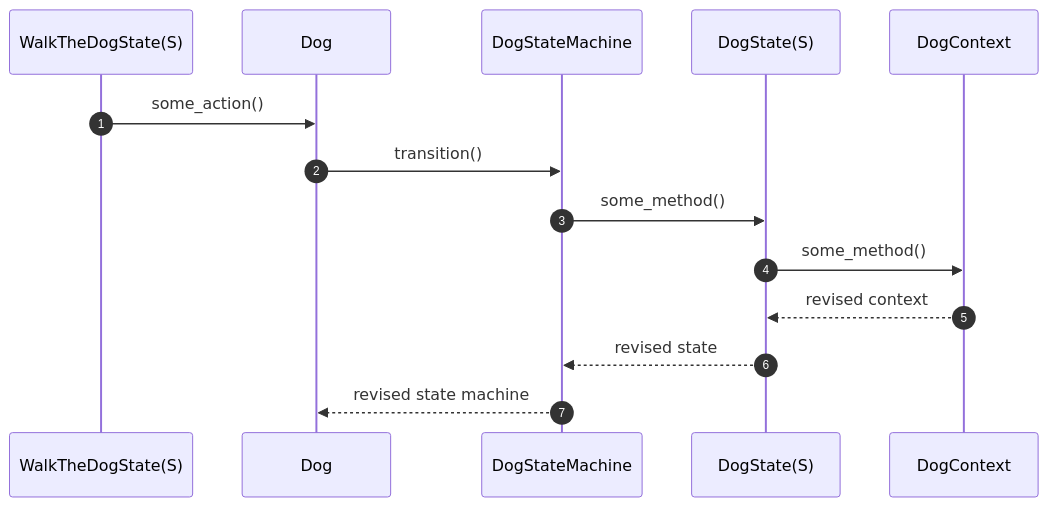
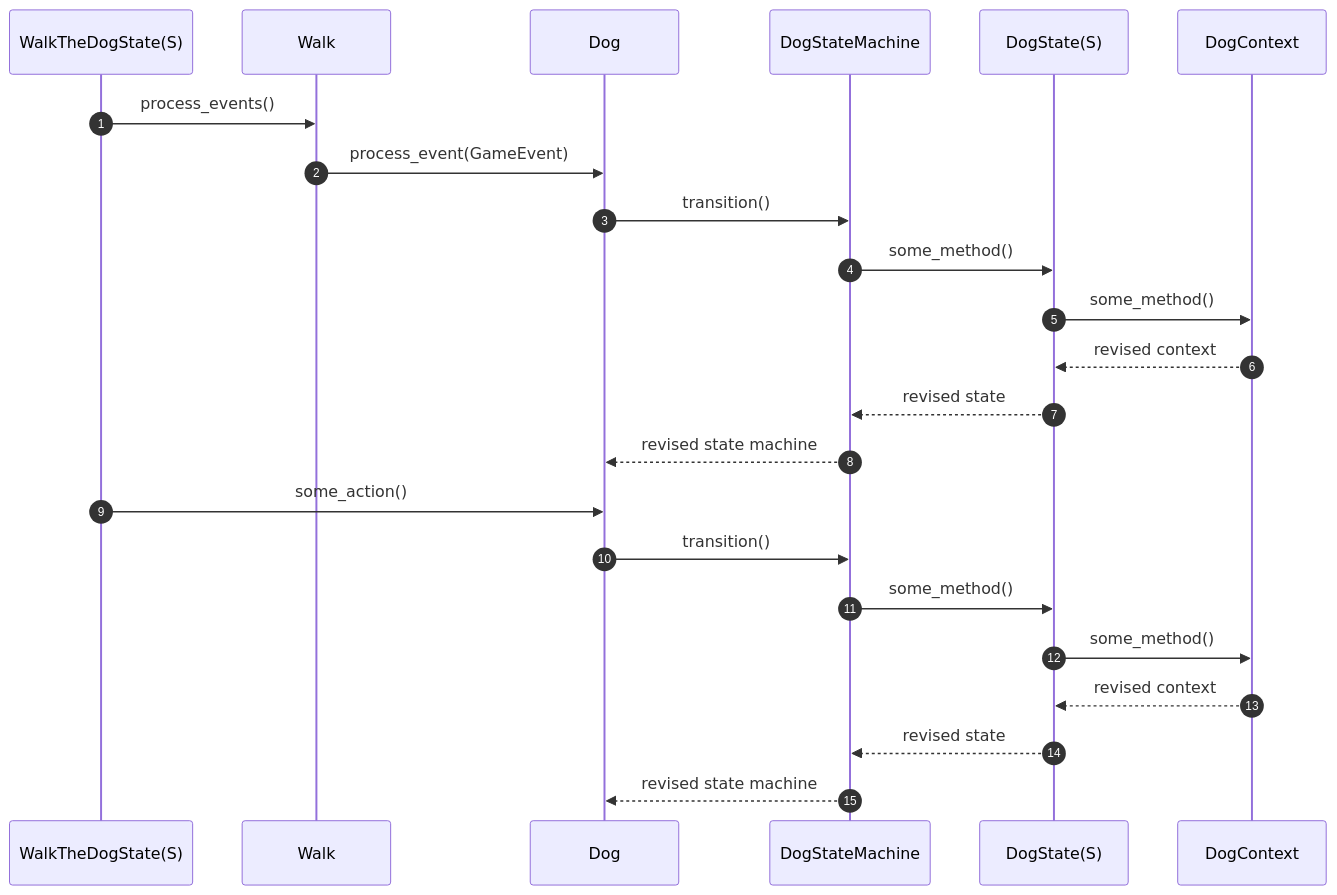
One commit to jorge-gonzalez-lexia/walk-the-dog changed the second of 2 diagrams in src/game/dog/README.md. Above: the diagram before and after it, drawn with Mermaid. The commit also changed other lines of this file and 14 other files, not shown here.

Commit message:
Add GameEvent queue system and implement DogTooClose and DogTooFar

````diff
--- a/src/game/dog/README.md
+++ b/src/game/dog/README.md
@@ -29,11 +25,20 @@
 ```mermaid
 sequenceDiagram
   autonumber
+  WalkTheDogState(S)->>Walk: process_events()
+  Walk->>Dog: process_event(GameEvent)
+  Dog->>DogStateMachine: transition()
+  DogStateMachine->>DogState(S): some_method()
+  DogState(S)->>DogContext: some_method()
+  DogContext-->>DogState(S): revised context
+  DogState(S)-->>DogStateMachine: revised state
+  DogStateMachine-->>Dog: revised state machine
+
   WalkTheDogState(S)->>Dog: some_action()
   Dog->>DogStateMachine: transition()
   DogStateMachine->>DogState(S): some_method()
   DogState(S)->>DogContext: some_method()
   DogContext-->>DogState(S): revised context
   DogState(S)-->>DogStateMachine: revised state
   DogStateMachine-->>Dog: revised state machine
 ```
````
